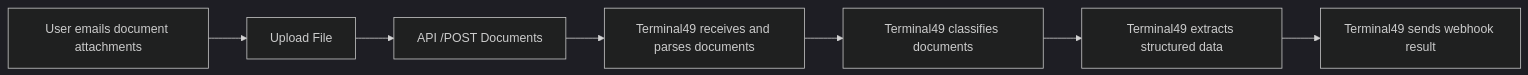
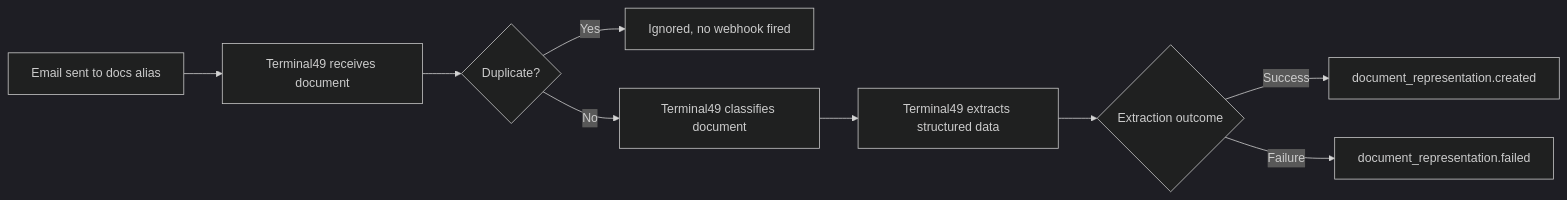
One commit to Terminal49/API changed the diagram in docs/api-docs/in-depth-guides/document-processing-workflows.mdx. Above: the diagram before and after it, drawn with Mermaid (dark theme). The commit also changed other lines of this file and 2 other files, not shown here.

````diff
--- a/docs/api-docs/in-depth-guides/document-processing-workflows.mdx
+++ b/docs/api-docs/in-depth-guides/document-processing-workflows.mdx
@@ -27,8 +117,11 @@
 ```mermaid
 flowchart LR
-    A[User emails document attachments] --> B[Upload File] --> C[API /POST Documents] 
-    C --> D[Terminal49 receives and parses documents]
-    D --> E[Terminal49 classifies documents]
-    E --> F[Terminal49 extracts structured data]
-    F --> G[Terminal49 sends webhook result]
+    A[Email sent to docs alias] --> B[Terminal49 receives document]
+    B --> C{Duplicate?}
+    C -- Yes --> Z[Ignored, no webhook fired]
+    C -- No --> D[Terminal49 classifies document]
+    D --> E[Terminal49 extracts structured data]
+    E --> F{Extraction outcome}
+    F -- Success --> G[document_representation.created]
+    F -- Failure --> H[document_representation.failed]
 ```
````
